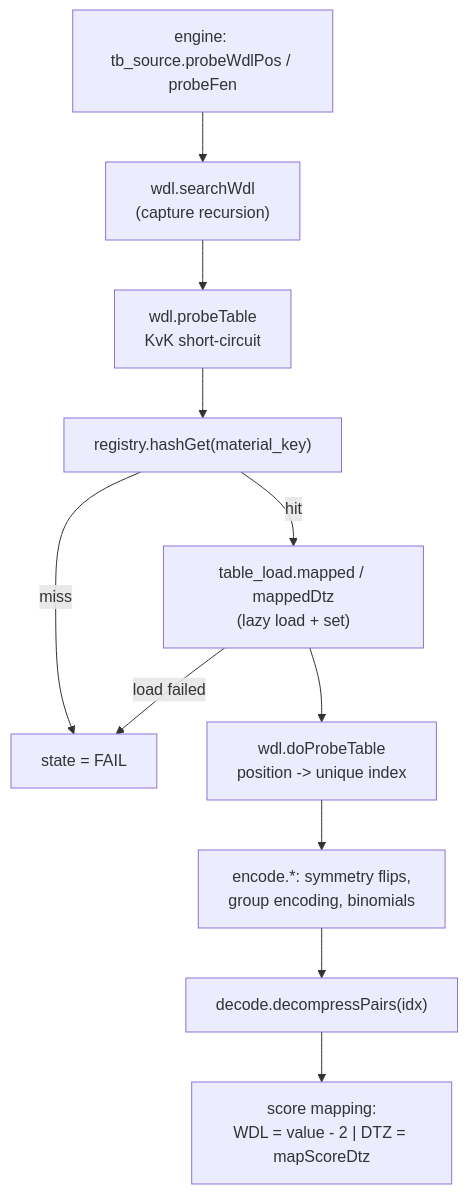
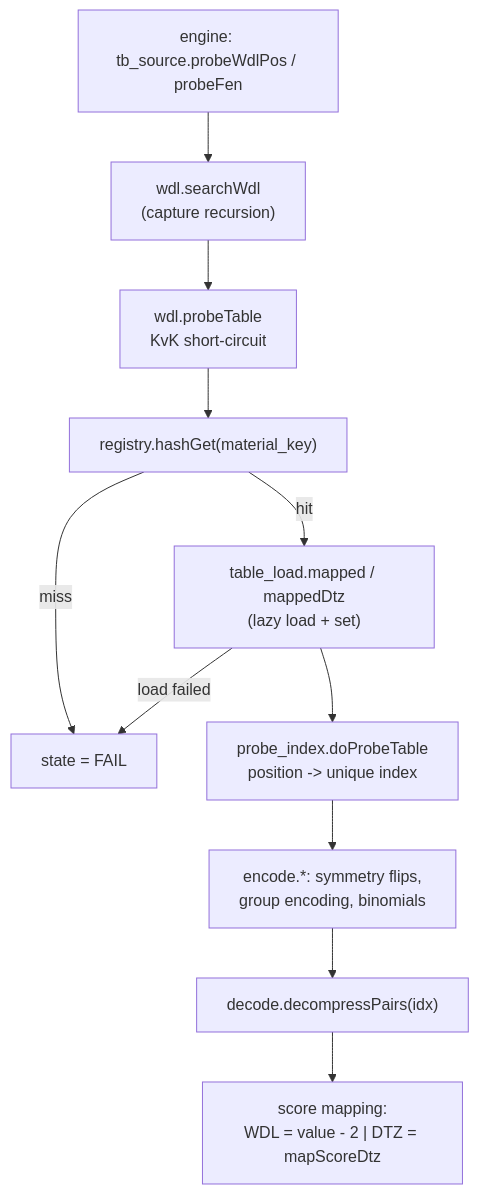
The diagram in docs/05-tablebases.md (ppigazzini/zfish), drawn with Mermaid before and after one commit. The commit also changed other lines of this file and 14 other files, not shown here.

````diff
--- a/docs/05-tablebases.md
+++ b/docs/05-tablebases.md
@@ -270,13 +274,13 @@
 ```mermaid
 flowchart TD
   A["engine: tb_source.probeWdlPos / probeFen"] --> B["wdl.searchWdl<br/>(capture recursion)"]
   B --> C["wdl.probeTable<br/>KvK short-circuit"]
   C --> D["registry.hashGet(material_key)"]
   D -->|miss| F["state = FAIL"]
   D -->|hit| E["table_load.mapped / mappedDtz<br/>(lazy load + set)"]
   E -->|load failed| F
-  E --> G["wdl.doProbeTable<br/>position -> unique index"]
+  E --> G["probe_index.doProbeTable<br/>position -> unique index"]
   G --> H["encode.*: symmetry flips,<br/>group encoding, binomials"]
   H --> I["decode.decompressPairs(idx)"]
   I --> J["score mapping:<br/>WDL = value - 2 | DTZ = mapScoreDtz"]
 ```
````
